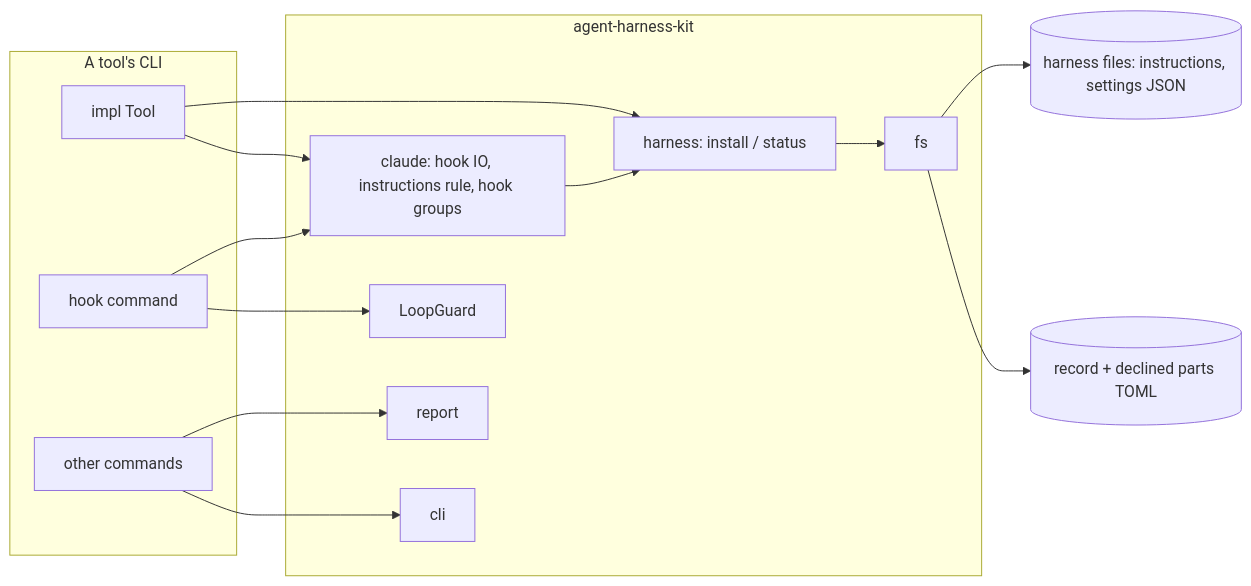
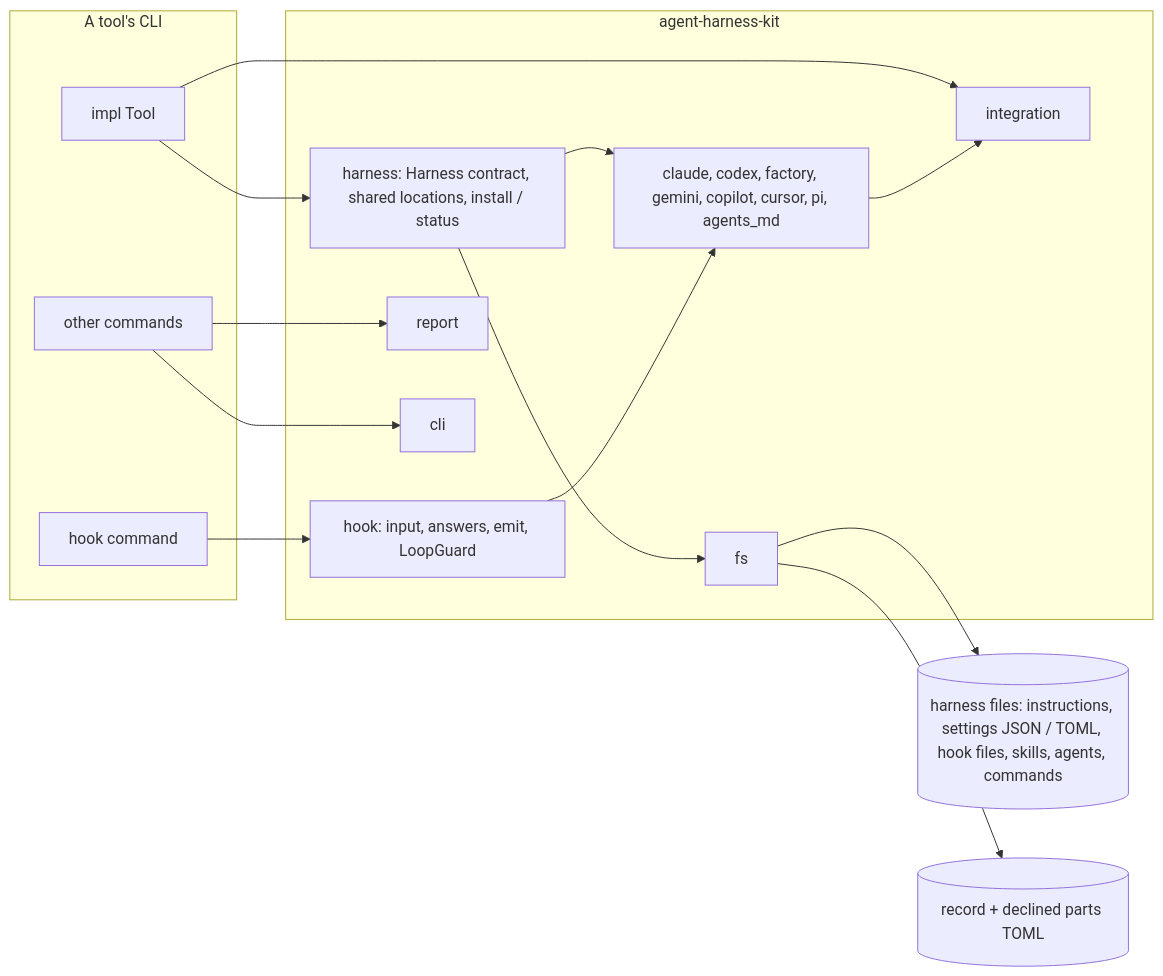
The first of 2 diagrams in .zen/specs/ARCHITECTURE.md (six5536/agent-harness-adapter), drawn with Mermaid before and after one commit. The commit also changed other lines of this file and 5 other files, not shown here.

Commit message:
docs: PLAN-010 P1 specs: integration, harness adapters, shared locations, neutral hooks (REQ/DESIGN KIT and HAR)

````diff
--- a/.zen/specs/ARCHITECTURE.md
+++ b/.zen/specs/ARCHITECTURE.md
@@ -28,28 +29,30 @@
 ```mermaid
 flowchart LR
     subgraph Tool[A tool's CLI]
         ToolImpl[impl Tool]
         HookCmd[hook command]
         Cmds[other commands]
     end
     subgraph Kit[agent-harness-kit]
-        Harness[harness: install / status]
-        Claude[claude: hook IO, instructions rule, hook groups]
-        Guard[LoopGuard]
+        Integration[integration]
+        Harness[harness: Harness contract, shared locations, install / status]
+        Adapters[claude, codex, factory, gemini, copilot, cursor, pi, agents_md]
+        Hook[hook: input, answers, emit, LoopGuard]
         Report[report]
         Cli[cli]
         Fs[fs]
     end
-    Files[(harness files: instructions, settings JSON)]
+    Files[(harness files: instructions, settings JSON / TOML, hook files, skills, agents, commands)]
     Record[(record + declined parts TOML)]
+    ToolImpl --> Integration
     ToolImpl --> Harness
-    ToolImpl --> Claude
-    HookCmd --> Claude
-    HookCmd --> Guard
+    HookCmd --> Hook
     Cmds --> Report
     Cmds --> Cli
-    Claude --> Harness
+    Harness --> Adapters
+    Adapters --> Integration
+    Hook --> Adapters
     Harness --> Fs
     Fs --> Files
     Fs --> Record
 ```
````
